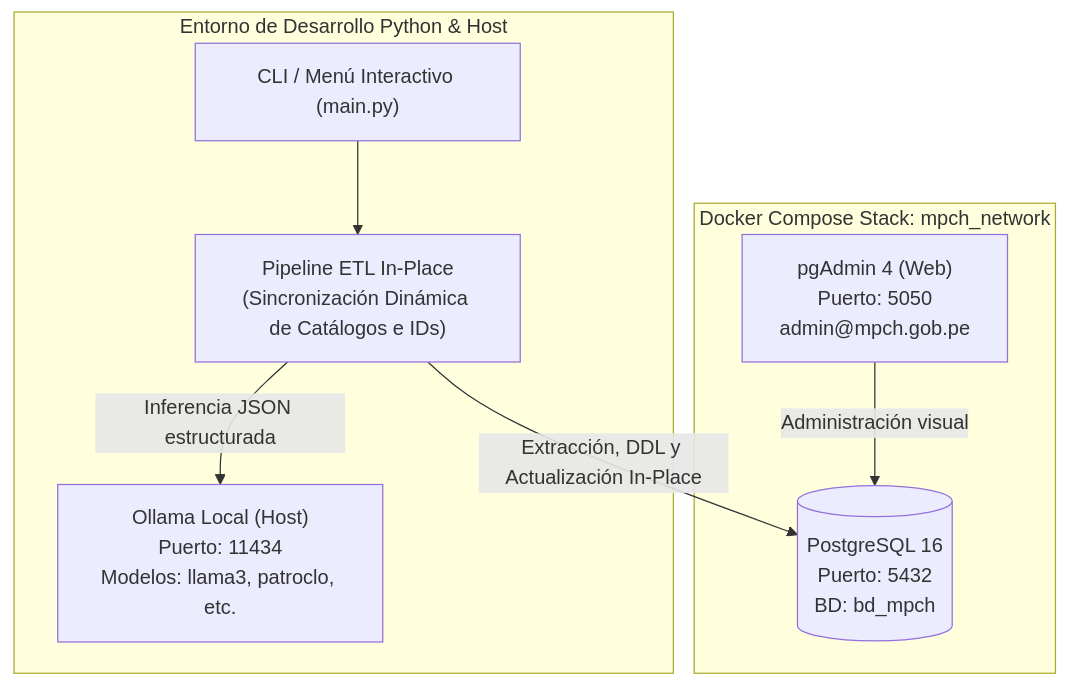
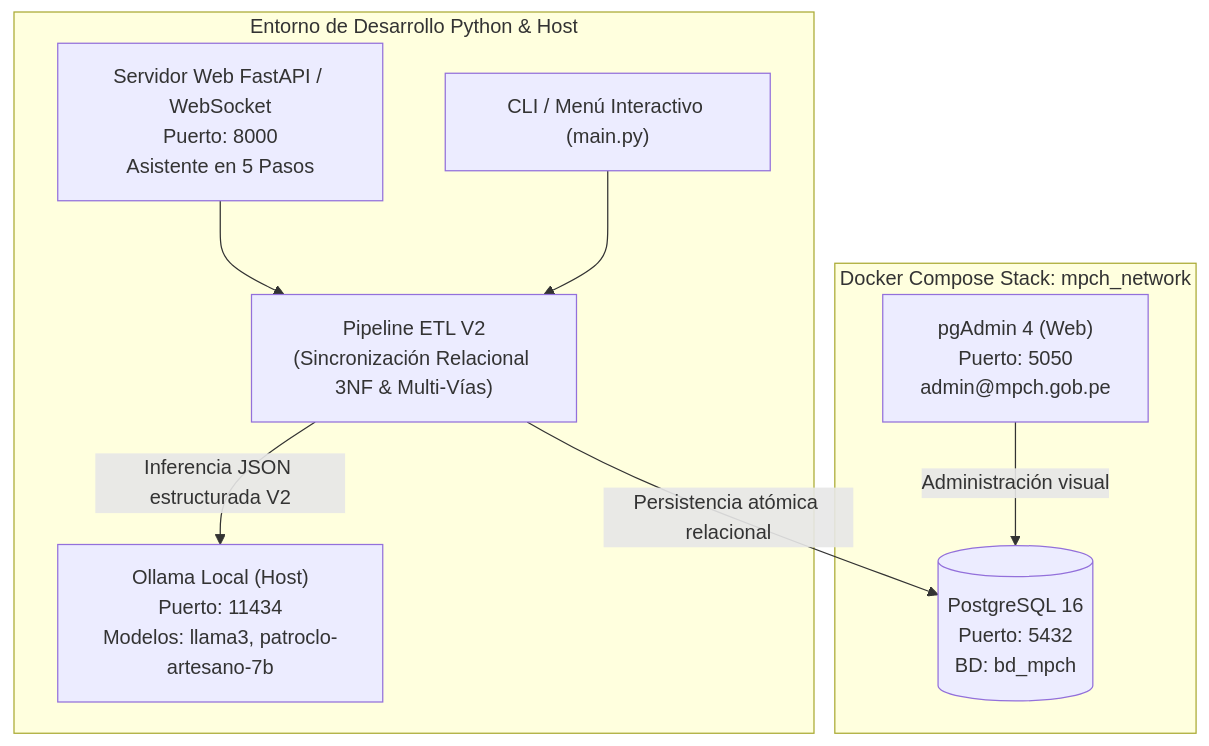
One commit to Chungm7/ETL_DIRECCIONES changed the diagram in GUIA_USO_Y_PRUEBAS.md. Above: the diagram before and after it, drawn with Mermaid. The commit also changed other lines of this file and 23 other files, not shown here.

````diff
--- a/GUIA_USO_Y_PRUEBAS.md
+++ b/GUIA_USO_Y_PRUEBAS.md
@@ -9,19 +9,20 @@
 ```mermaid
 flowchart TD
     subgraph Docker [Docker Compose Stack: mpch_network]
         PG[("PostgreSQL 16\nPuerto: 5432\nBD: bd_mpch")]
         PGA["pgAdmin 4 (Web)\nPuerto: 5050\nadmin@mpch.gob.pe"]
-        
         PGA -->|Administración visual| PG
     end
 
     subgraph Host [Entorno de Desarrollo Python & Host]
-        OLL["Ollama Local (Host)\nPuerto: 11434\nModelos: llama3, patroclo, etc."]
+        OLL["Ollama Local (Host)\nPuerto: 11434\nModelos: llama3, patroclo-artesano-7b"]
+        WEB["Servidor Web FastAPI / WebSocket\nPuerto: 8000\nAsistente en 5 Pasos"]
         CLI["CLI / Menú Interactivo (main.py)"]
-        ETL["Pipeline ETL In-Place\n(Sincronización Dinámica de Catálogos e IDs)"]
+        ETL["Pipeline ETL V2\n(Sincronización Relacional 3NF & Multi-Vías)"]
         
+        WEB --> ETL
         CLI --> ETL
-        ETL -->|Inferencia JSON estructurada| OLL
-        ETL -->|Extracción, DDL y Actualización In-Place| PG
+        ETL -->|Inferencia JSON estructurada V2| OLL
+        ETL -->|Persistencia atómica relacional| PG
     end
 ```
````
